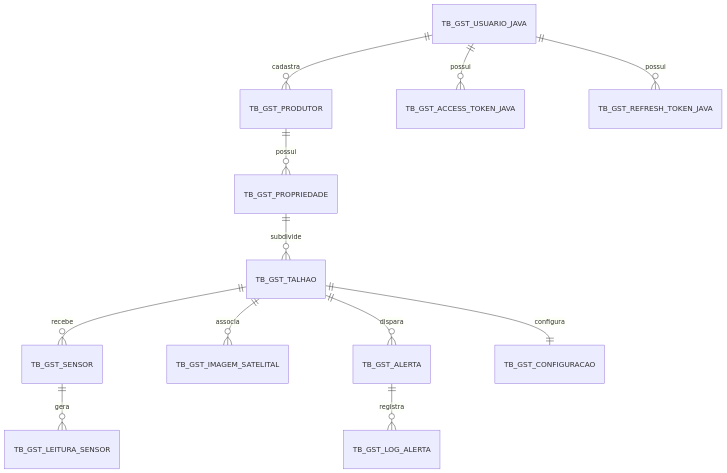
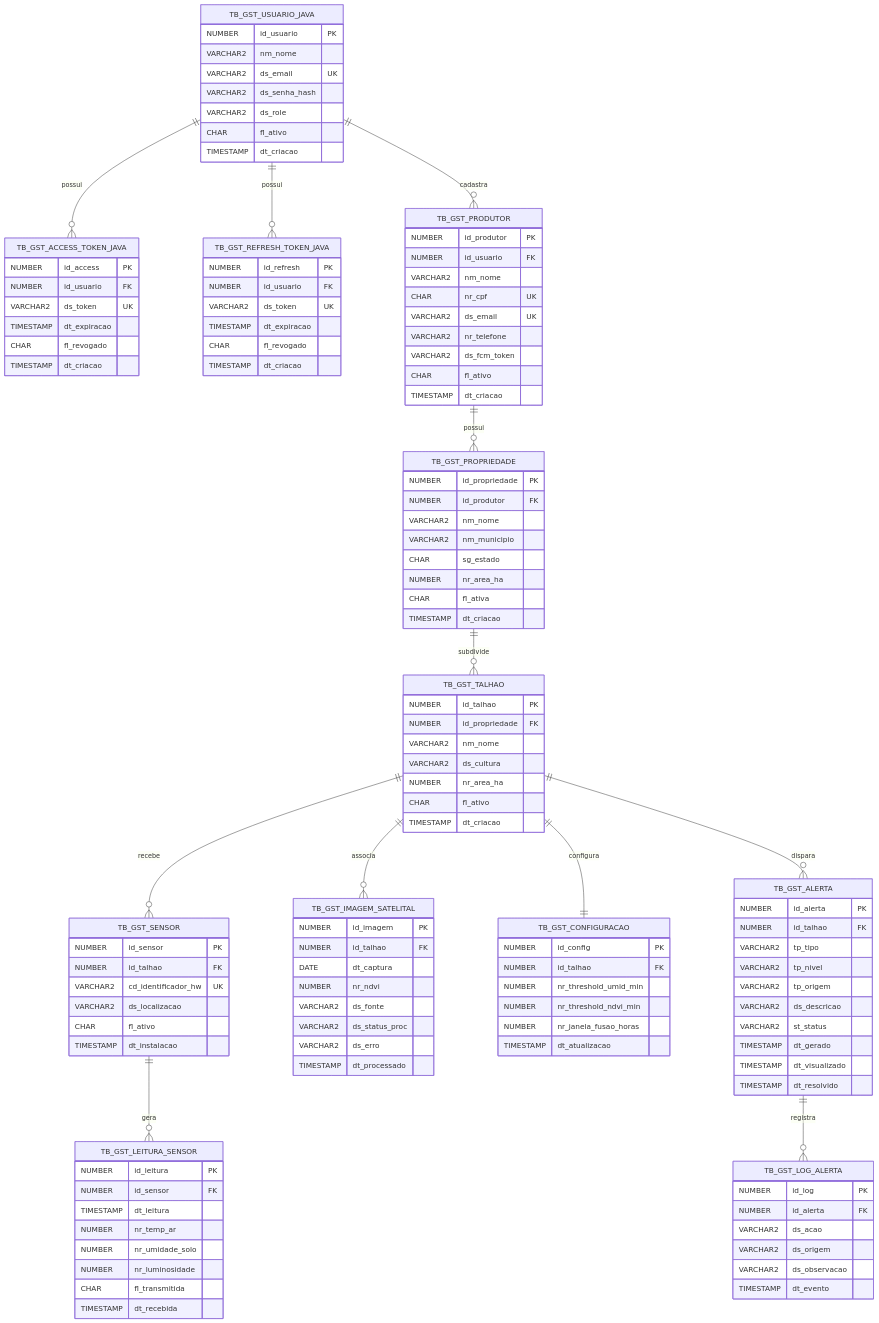
Before and after one commit to olavoneves/geosat-java: the first of 2 diagrams in README.md, drawn with Mermaid. The commit also changed other lines of this file, not shown here.

Commit message:
fix: Refatorando o README com a UML

````diff
--- a/README.md
+++ b/README.md
@@ -23,14 +25,137 @@
 ```mermaid
 erDiagram
-    TB_GST_USUARIO_JAVA ||--o{ TB_GST_PRODUTOR : "cadastra"
+    TB_GST_USUARIO_JAVA {
+        NUMBER id_usuario PK
+        VARCHAR2 nm_nome
+        VARCHAR2 ds_email UK
+        VARCHAR2 ds_senha_hash
+        VARCHAR2 ds_role
+        CHAR fl_ativo
+        TIMESTAMP dt_criacao
+    }
+
+    TB_GST_ACCESS_TOKEN_JAVA {
+        NUMBER id_access PK
+        NUMBER id_usuario FK
+        VARCHAR2 ds_token UK
+        TIMESTAMP dt_expiracao
+        CHAR fl_revogado
+        TIMESTAMP dt_criacao
+    }
+
+    TB_GST_REFRESH_TOKEN_JAVA {
+        NUMBER id_refresh PK
+        NUMBER id_usuario FK
+        VARCHAR2 ds_token UK
+        TIMESTAMP dt_expiracao
+        CHAR fl_revogado
+        TIMESTAMP dt_criacao
+    }
+
+    TB_GST_PRODUTOR {
+        NUMBER id_produtor PK
+        NUMBER id_usuario FK
+        VARCHAR2 nm_nome
+        CHAR nr_cpf UK
+        VARCHAR2 ds_email UK
+        VARCHAR2 nr_telefone
+        VARCHAR2 ds_fcm_token
+        CHAR fl_ativo
+        TIMESTAMP dt_criacao
+    }
+
+    TB_GST_PROPRIEDADE {
+        NUMBER id_propriedade PK
+        NUMBER id_produtor FK
+        VARCHAR2 nm_nome
+        VARCHAR2 nm_municipio
+        CHAR sg_estado
+        NUMBER nr_area_ha
+        CHAR fl_ativa
+        TIMESTAMP dt_criacao
+    }
+
+    TB_GST_TALHAO {
+        NUMBER id_talhao PK
+        NUMBER id_propriedade FK
+        VARCHAR2 nm_nome
+        VARCHAR2 ds_cultura
+        NUMBER nr_area_ha
+        CHAR fl_ativo
+        TIMESTAMP dt_criacao
+    }
+
+    TB_GST_SENSOR {
+        NUMBER id_sensor PK
+        NUMBER id_talhao FK
+        VARCHAR2 cd_identificador_hw UK
+        VARCHAR2 ds_localizacao
+        CHAR fl_ativo
+        TIMESTAMP dt_instalacao
+    }
+
+    TB_GST_LEITURA_SENSOR {
+        NUMBER id_leitura PK
+        NUMBER id_sensor FK
+        TIMESTAMP dt_leitura
+        NUMBER nr_temp_ar
+        NUMBER nr_umidade_solo
+        NUMBER nr_luminosidade
+        CHAR fl_transmitida
+        TIMESTAMP dt_recebida
+    }
+
+    TB_GST_IMAGEM_SATELITAL {
+        NUMBER id_imagem PK
+        NUMBER id_talhao FK
+        DATE dt_captura
+        NUMBER nr_ndvi
+        VARCHAR2 ds_fonte
+        VARCHAR2 ds_status_proc
+        VARCHAR2 ds_erro
+        TIMESTAMP dt_processado
+    }
+
+    TB_GST_CONFIGURACAO {
+        NUMBER id_config PK
+        NUMBER id_talhao FK
+        NUMBER nr_threshold_umid_min
+        NUMBER nr_threshold_ndvi_min
+        NUMBER nr_janela_fusao_horas
+        TIMESTAMP dt_atualizacao
+    }
+
+    TB_GST_ALERTA {
+        NUMBER id_alerta PK
+        NUMBER id_talhao FK
+        VARCHAR2 tp_tipo
+        VARCHAR2 tp_nivel
+        VARCHAR2 tp_origem
+        VARCHAR2 ds_descricao
+        VARCHAR2 st_status
+        TIMESTAMP dt_gerado
+        TIMESTAMP dt_visualizado
+        TIMESTAMP dt_resolvido
+    }
+
+    TB_GST_LOG_ALERTA {
+        NUMBER id_log PK
+        NUMBER id_alerta FK
+        VARCHAR2 ds_acao
+        VARCHAR2 ds_origem
+        VARCHAR2 ds_observacao
+        TIMESTAMP dt_evento
+    }
+
     TB_GST_USUARIO_JAVA ||--o{ TB_GST_ACCESS_TOKEN_JAVA : "possui"
     TB_GST_USUARIO_JAVA ||--o{ TB_GST_REFRESH_TOKEN_JAVA : "possui"
-    TB_GST_PRODUTOR ||--o{ TB_GST_PROPRIEDADE : "possui"
-    TB_GST_PROPRIEDADE ||--o{ TB_GST_TALHAO : "subdivide"
-    TB_GST_TALHAO ||--o{ TB_GST_SENSOR : "recebe"
-    TB_GST_TALHAO ||--o{ TB_GST_IMAGEM_SATELITAL : "associa"
-    TB_GST_TALHAO ||--o{ TB_GST_ALERTA : "dispara"
-    TB_GST_TALHAO ||--|| TB_GST_CONFIGURACAO : "configura"
-    TB_GST_SENSOR ||--o{ TB_GST_LEITURA_SENSOR : "gera"
-    TB_GST_ALERTA ||--o{ TB_GST_LOG_ALERTA : "registra"
+    TB_GST_USUARIO_JAVA ||--o{ TB_GST_PRODUTOR : "cadastra"
+    TB_GST_PRODUTOR     ||--o{ TB_GST_PROPRIEDADE : "possui"
+    TB_GST_PROPRIEDADE  ||--o{ TB_GST_TALHAO : "subdivide"
+    TB_GST_TALHAO       ||--o{ TB_GST_SENSOR : "recebe"
+    TB_GST_TALHAO       ||--o{ TB_GST_IMAGEM_SATELITAL : "associa"
+    TB_GST_TALHAO       ||--o{ TB_GST_ALERTA : "dispara"
+    TB_GST_TALHAO       ||--|| TB_GST_CONFIGURACAO : "configura"
+    TB_GST_SENSOR       ||--o{ TB_GST_LEITURA_SENSOR : "gera"
+    TB_GST_ALERTA       ||--o{ TB_GST_LOG_ALERTA : "registra"
 ```
````
